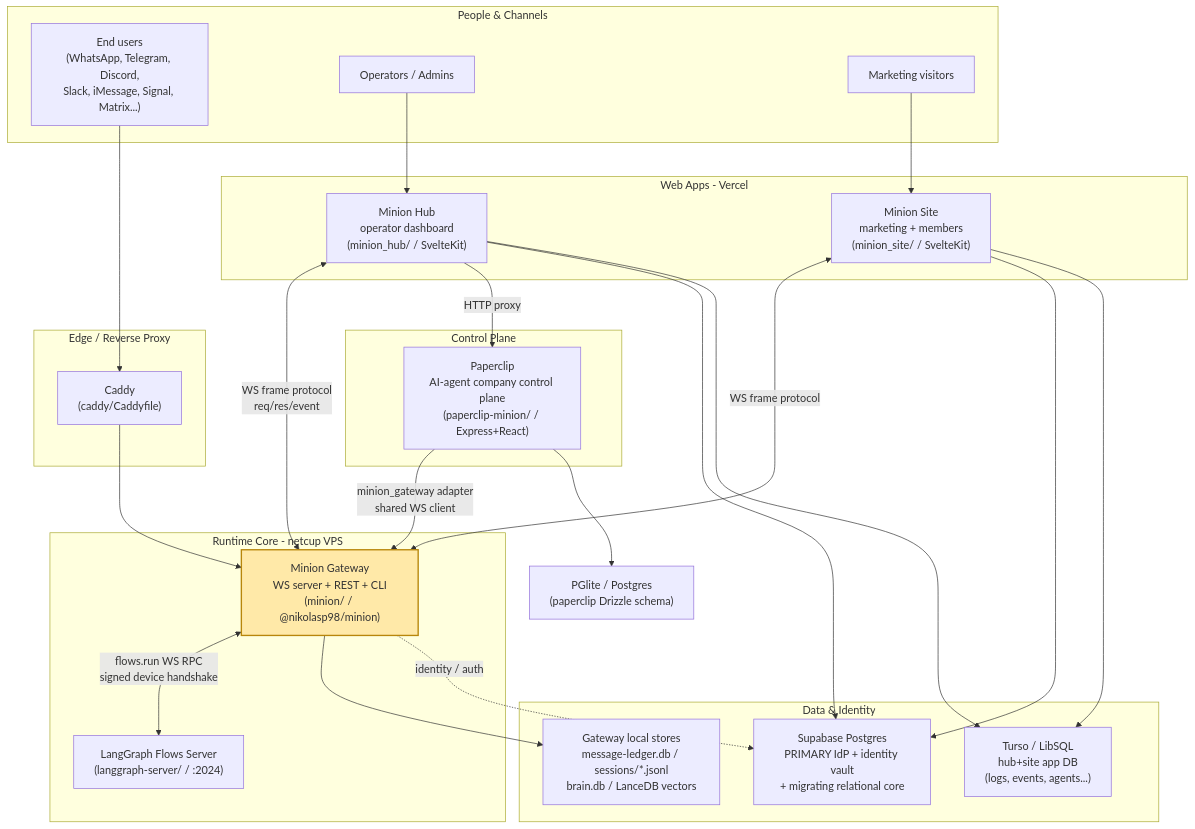
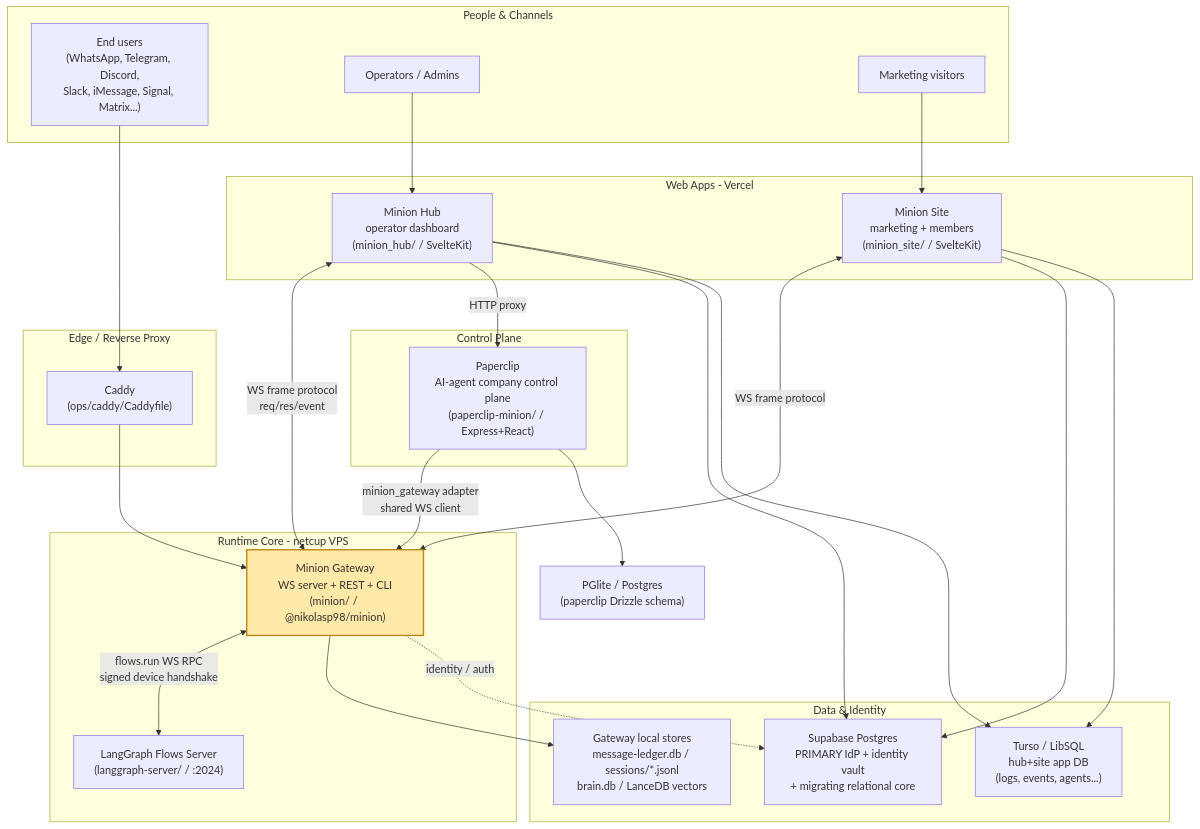
One commit to NikolasP98/minion-meta changed the first of 6 diagrams in ARCHITECTURE.md. Above: the diagram before and after it, drawn with Mermaid. The commit also changed 5 other files, not shown here.

````diff
--- a/ARCHITECTURE.md
+++ b/ARCHITECTURE.md
@@ -12,55 +12,55 @@
 ```mermaid
 %%{init: {'themeVariables': {'fontFamily': 'monospace'}}}%%
 graph TB
     subgraph users["People & Channels"]
         U["End users<br/>(WhatsApp, Telegram, Discord,<br/>Slack, iMessage, Signal, Matrix...)"]
         OPS["Operators / Admins"]
         VIS["Marketing visitors"]
     end
 
     subgraph edge["Edge / Reverse Proxy"]
-        CADDY["Caddy<br/>(caddy/Caddyfile)"]
+        CADDY["Caddy<br/>(ops/caddy/Caddyfile)"]
     end
 
     subgraph core["Runtime Core - netcup VPS"]
         GW["Minion Gateway<br/>WS server + REST + CLI<br/>(minion/ / @nikolasp98/minion)"]
         FLOWS["LangGraph Flows Server<br/>(langgraph-server/ / :2024)"]
     end
 
     subgraph apps["Web Apps - Vercel"]
         HUB["Minion Hub<br/>operator dashboard<br/>(minion_hub/ / SvelteKit)"]
         SITE["Minion Site<br/>marketing + members<br/>(minion_site/ / SvelteKit)"]
     end
 
     subgraph control["Control Plane"]
         PAPER["Paperclip<br/>AI-agent company control plane<br/>(paperclip-minion/ / Express+React)"]
     end
 
     subgraph data["Data & Identity"]
         SUPA["Supabase Postgres<br/>PRIMARY IdP + identity vault<br/>+ migrating relational core"]
         TURSO["Turso / LibSQL<br/>hub+site app DB<br/>(logs, events, agents...)"]
         GWFILES["Gateway local stores<br/>message-ledger.db / sessions/*.jsonl<br/>brain.db / LanceDB vectors"]
     end
 
     U --> CADDY --> GW
     OPS --> HUB
     VIS --> SITE
 
     HUB <-->|"WS frame protocol<br/>req/res/event"| GW
     SITE <-->|WS frame protocol| GW
     HUB -->|HTTP proxy| PAPER
     PAPER -->|minion_gateway adapter<br/>shared WS client| GW
 
     GW <-->|"flows.run WS RPC<br/>signed device handshake"| FLOWS
 
     HUB --> SUPA
     HUB --> TURSO
     SITE --> SUPA
     SITE --> TURSO
     GW --> GWFILES
     GW -.->|identity / auth| SUPA
     PAPER --> PGLITE["PGlite / Postgres<br/>(paperclip Drizzle schema)"]
 
     classDef star fill:#ffe9a8,stroke:#b8860b,stroke-width:2px;
     class GW star;
 ```
````
